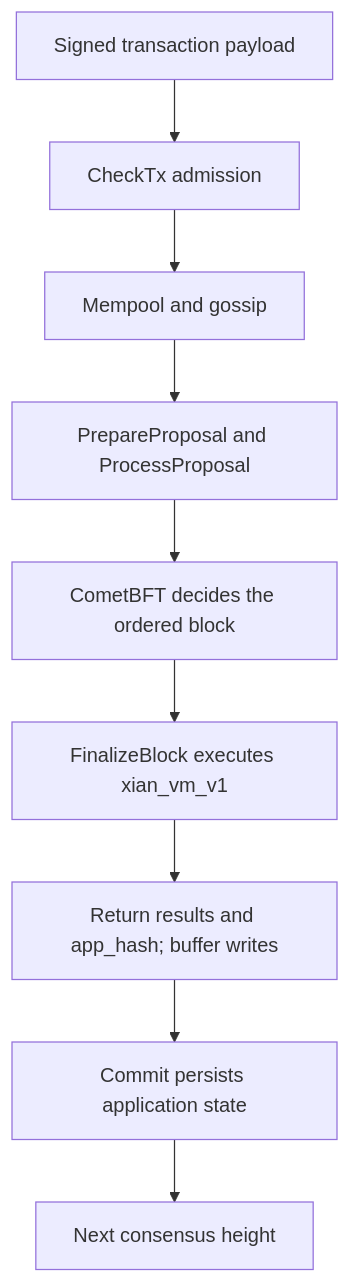
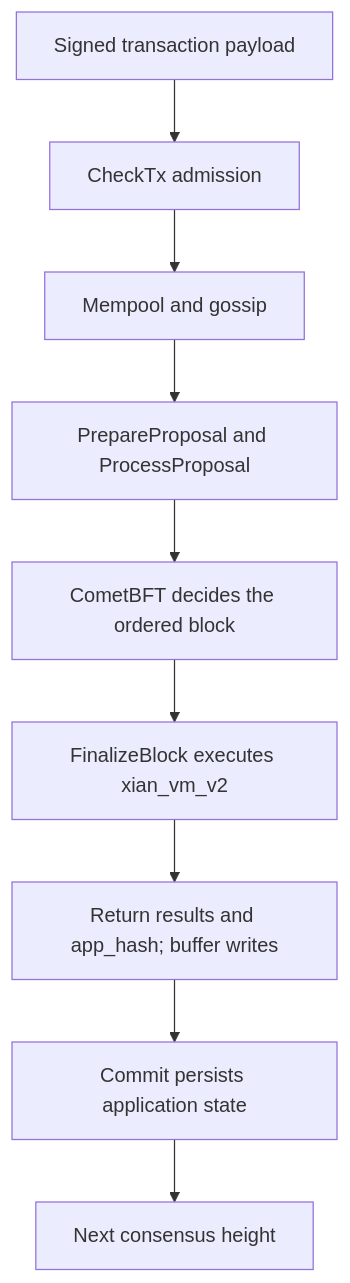
The diagram in concepts/abci.md (xian-technology/xian-docs-web), drawn with Mermaid before and after one commit. The commit also changed other lines of this file and 61 other files, not shown here.

````diff
--- a/concepts/abci.md
+++ b/concepts/abci.md
@@ -54,15 +54,15 @@
 ```mermaid
 flowchart TD
   Payload["Signed transaction payload"]
   Check["CheckTx admission"]
   Mempool["Mempool and gossip"]
   Proposal["PrepareProposal and ProcessProposal"]
   Decision["CometBFT decides the ordered block"]
-  Execute["FinalizeBlock executes xian_vm_v1"]
+  Execute["FinalizeBlock executes xian_vm_v2"]
   Result["Return results and app_hash; buffer writes"]
   Commit["Commit persists application state"]
   Next["Next consensus height"]
 
   Payload --> Check --> Mempool --> Proposal --> Decision
   Decision --> Execute --> Result --> Commit --> Next
 ```
````
